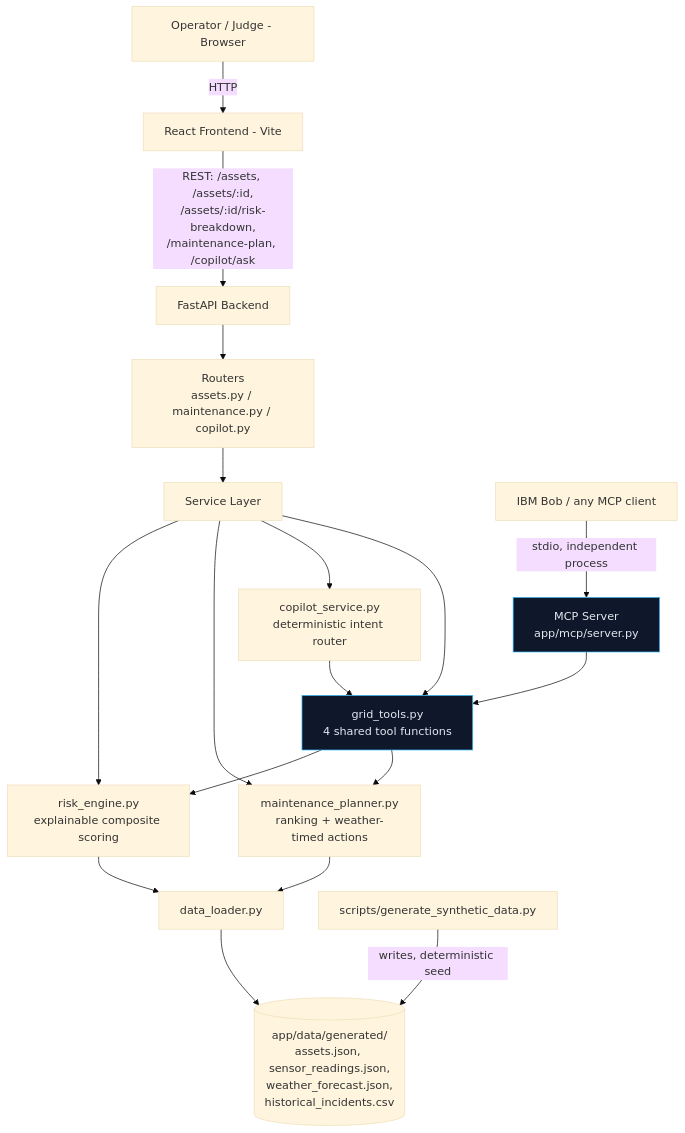
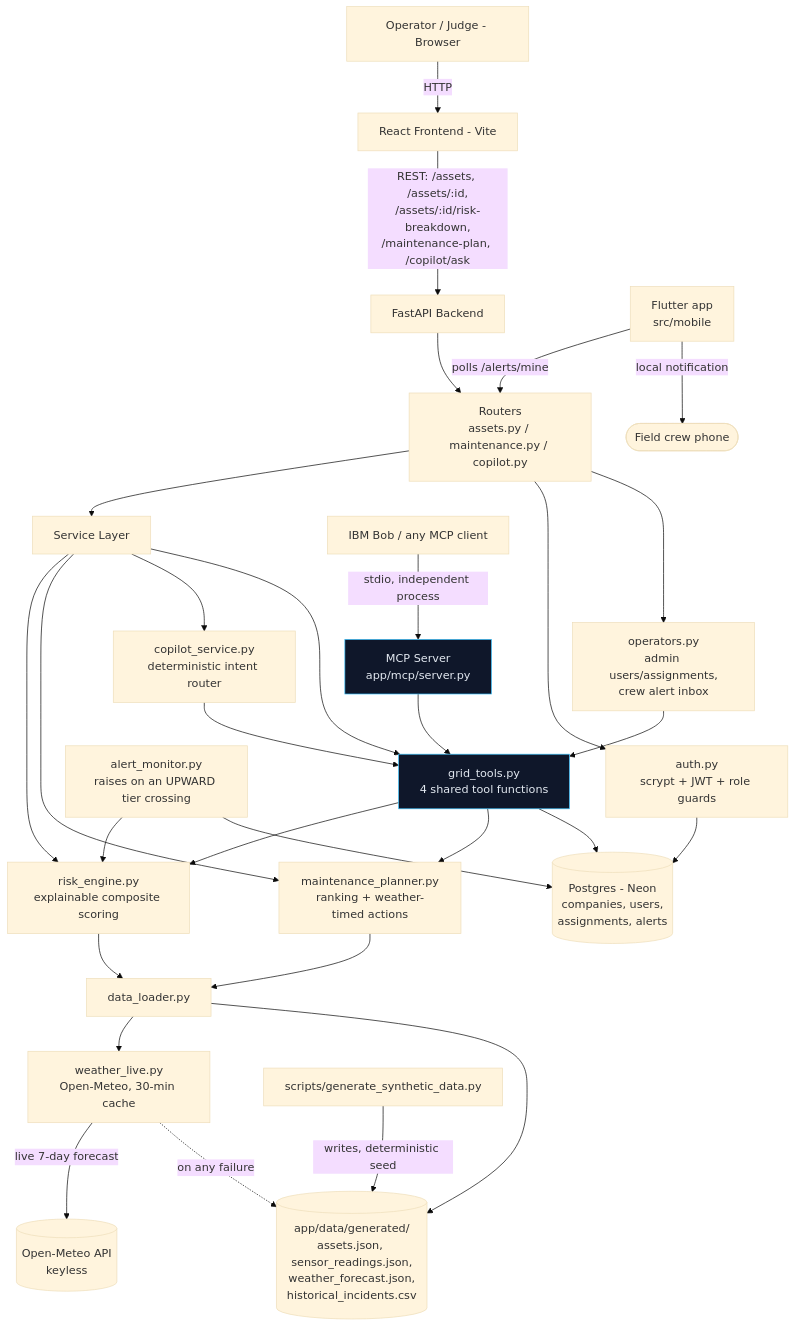
Before and after one commit to Sunny2307/IBM-BOB-hackathon: the diagram in docs/architecture.md, drawn with Mermaid (base theme). The commit also changed other lines of this file and 58 other files, not shown here.

First line of the commit message:
feat: Implement operator authentication and alert notification system

````diff
--- a/docs/architecture.md
+++ b/docs/architecture.md
@@ -5,28 +5,41 @@
 ```mermaid
 graph TD
     U[Operator / Judge - Browser] -->|HTTP| FE[React Frontend - Vite]
     FE -->|REST: /assets, /assets/:id,<br/>/assets/:id/risk-breakdown,<br/>/maintenance-plan, /copilot/ask| API[FastAPI Backend]
 
     API --> RTR[Routers<br/>assets.py / maintenance.py / copilot.py]
     RTR --> SVC[Service Layer]
 
     SVC --> RE[risk_engine.py<br/>explainable composite scoring]
     SVC --> MP[maintenance_planner.py<br/>ranking + weather-timed actions]
     SVC --> CS[copilot_service.py<br/>deterministic intent router]
     SVC --> GT[grid_tools.py<br/>4 shared tool functions]
 
     RE --> DL[data_loader.py]
     MP --> DL
     CS --> GT
     GT --> RE
     GT --> MP
+    DL --> WX[weather_live.py<br/>Open-Meteo, 30-min cache]
+    WX -->|live 7-day forecast| OM[(Open-Meteo API<br/>keyless)]
+    WX -.->|on any failure| DATA
     DL --> DATA[(app/data/generated/<br/>assets.json, sensor_readings.json,<br/>weather_forecast.json,<br/>historical_incidents.csv)]
 
     GEN[scripts/generate_synthetic_data.py] -->|writes, deterministic seed| DATA
+
+    RTR --> AUTH[auth.py<br/>scrypt + JWT + role guards]
+    RTR --> OPS[operators.py<br/>admin users/assignments,<br/>crew alert inbox]
+    OPS --> GT
+    AUTH --> DB[(Postgres - Neon<br/>companies, users,<br/>assignments, alerts)]
+    GT --> DB
+    AM[alert_monitor.py<br/>raises on an UPWARD tier crossing] --> RE
+    AM --> DB
+    MOB[Flutter app<br/>src/mobile] -->|polls /alerts/mine| RTR
+    MOB -->|local notification| CREW([Field crew phone])
 
     MCP[MCP Server<br/>app/mcp/server.py] --> GT
     BOB[IBM Bob / any MCP client] -->|stdio, independent process| MCP
 
     style GT fill:#0f172a,stroke:#38bdf8,color:#e2e8f0
     style MCP fill:#0f172a,stroke:#38bdf8,color:#e2e8f0
 ```
````
